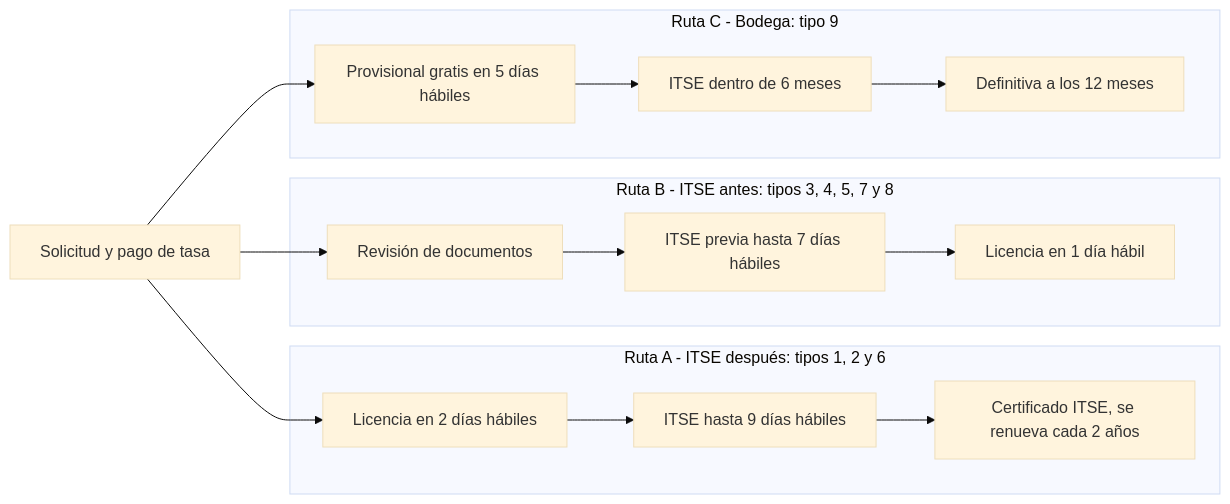
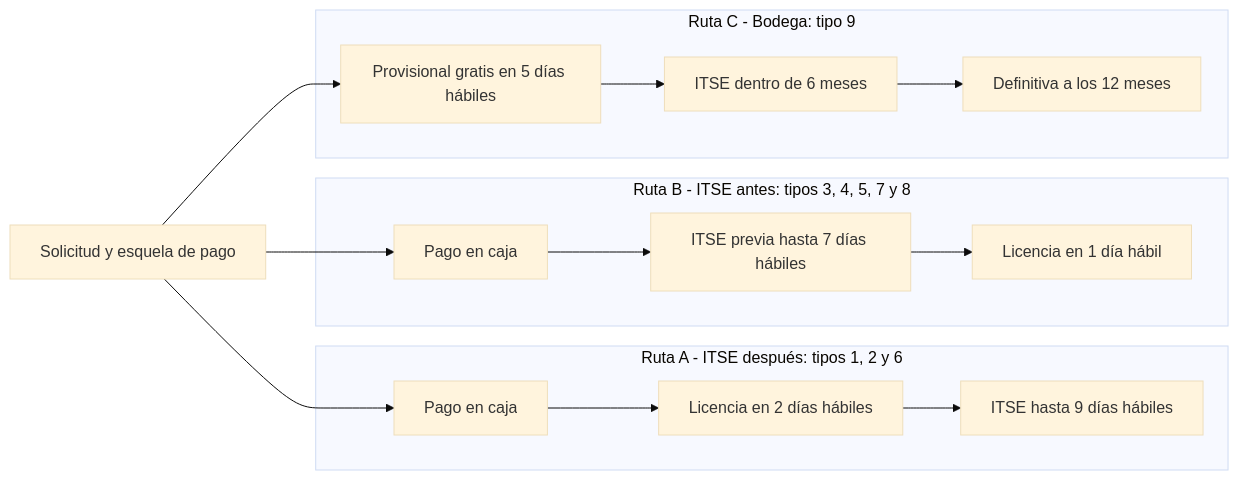
One commit to yeymyloson18/Licencias-Huanta-arquitSoft-JEIMY changed the second of 2 diagrams in docs/02-arquitectura-software/arquitectura-inicial.md. Above: the diagram before and after it, drawn with Mermaid (base theme). The commit also changed other lines of this file, not shown here.

````diff
--- a/docs/02-arquitectura-software/arquitectura-inicial.md
+++ b/docs/02-arquitectura-software/arquitectura-inicial.md
@@ -89,18 +85,18 @@
 ```mermaid
 flowchart LR
-    S["Solicitud y pago de tasa"] --> A1
+    S["Solicitud y esquela de pago"] --> A1
     S --> B1
     S --> C1
 
     subgraph RA["Ruta A - ITSE después: tipos 1, 2 y 6"]
-        A1["Licencia en 2 días hábiles"] --> A2["ITSE hasta 9 días hábiles"] --> A3["Certificado ITSE, se renueva cada 2 años"]
+        A1["Pago en caja"] --> A2["Licencia en 2 días hábiles"] --> A3["ITSE hasta 9 días hábiles"]
     end
 
     subgraph RB["Ruta B - ITSE antes: tipos 3, 4, 5, 7 y 8"]
-        B1["Revisión de documentos"] --> B2["ITSE previa hasta 7 días hábiles"] --> B3["Licencia en 1 día hábil"]
+        B1["Pago en caja"] --> B2["ITSE previa hasta 7 días hábiles"] --> B3["Licencia en 1 día hábil"]
     end
 
     subgraph RC["Ruta C - Bodega: tipo 9"]
         C1["Provisional gratis en 5 días hábiles"] --> C2["ITSE dentro de 6 meses"] --> C3["Definitiva a los 12 meses"]
     end
 ```
````
